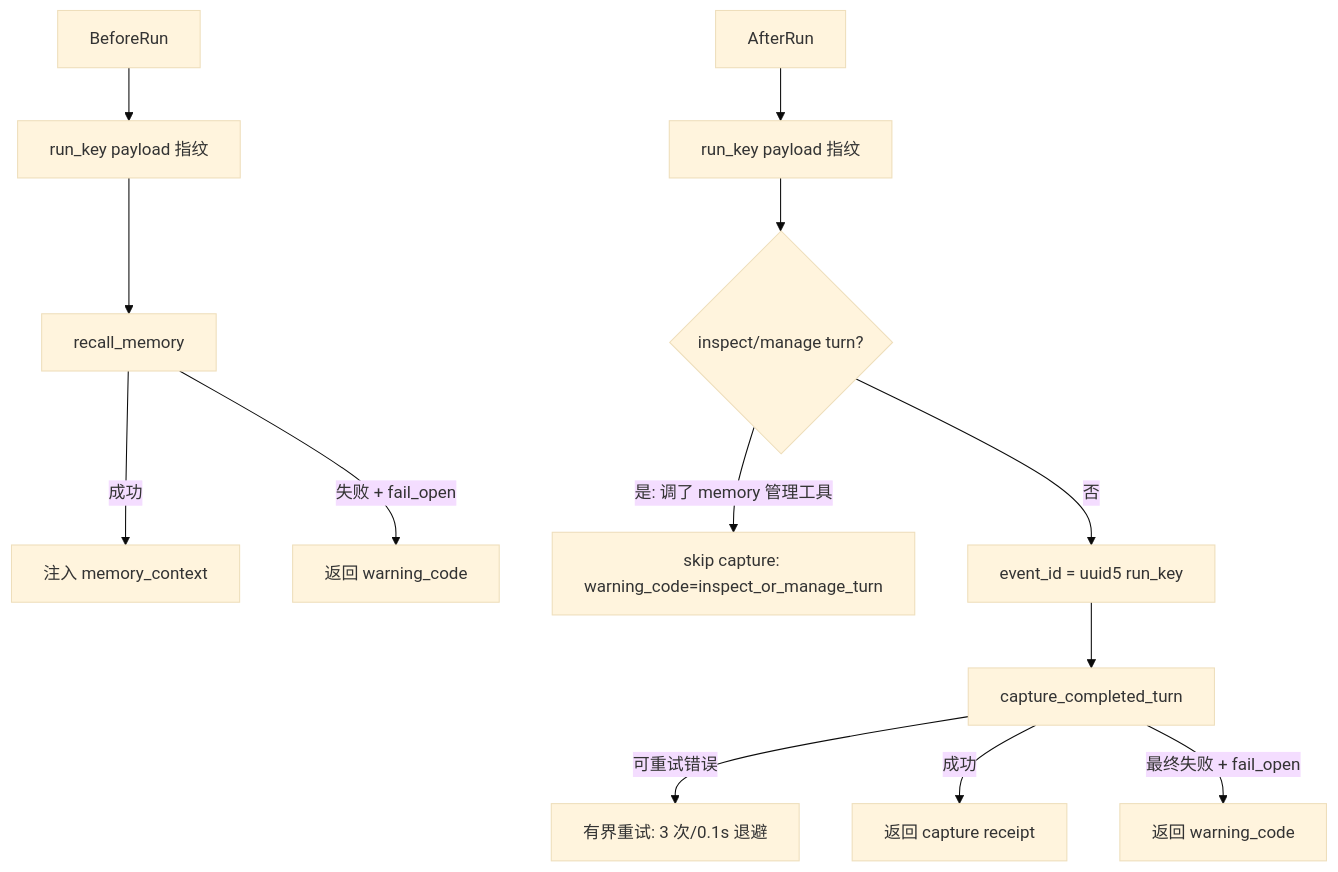
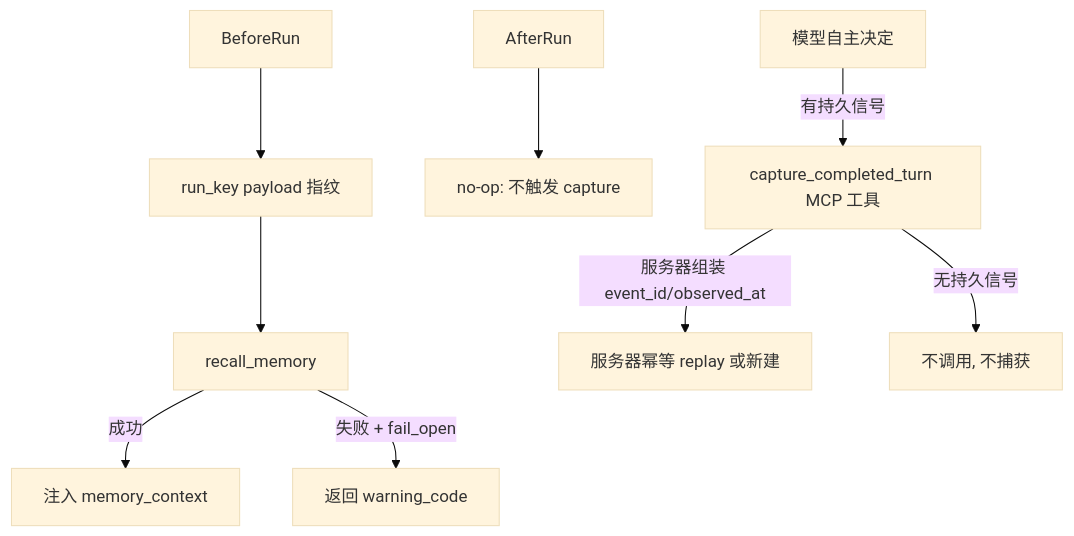
Diagram 11 of 11 in docs/design.md (dxiaosen/memory-mcp), drawn with Mermaid (base theme) before and after one commit. The commit also changed other lines of this file and 19 other files, not shown here.

````diff
--- a/docs/design.md
+++ b/docs/design.md
@@ -938,15 +938,11 @@
 ```mermaid
 flowchart TD
     BR[BeforeRun] --> FP[run_key payload 指纹]
     FP --> RC[recall_memory]
     RC -->|成功| INJ[注入 memory_context]
     RC -->|失败 + fail_open| WN[返回 warning_code]
-    AR[AfterRun] --> FP2[run_key payload 指纹]
-    FP2 --> CHK{inspect/manage turn?}
-    CHK -->|是: 调了 memory 管理工具| SK[skip capture: warning_code=inspect_or_manage_turn]
-    CHK -->|否| EV[event_id = uuid5 run_key]
-    EV --> CP[capture_completed_turn]
-    CP -->|可重试错误| RT[有界重试: 3 次/0.1s 退避]
-    CP -->|成功| RC2[返回 capture receipt]
-    CP -->|最终失败 + fail_open| WN2[返回 warning_code]
+    AR[AfterRun] --> NO[no-op: 不触发 capture]
+    MODEL[模型自主决定] -->|有持久信号| CP[capture_completed_turn MCP 工具]
+    CP -->|服务器组装 event_id/observed_at| RECV[服务器幂等 replay 或新建]
+    CP -->|无持久信号| SKIP[不调用, 不捕获]
 ```
````
